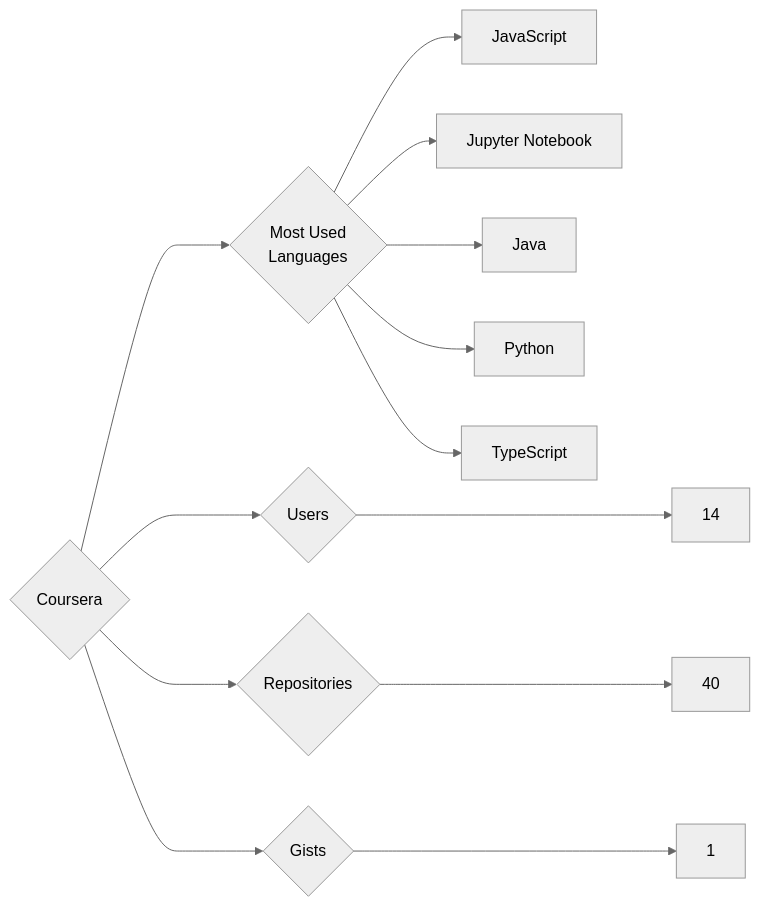
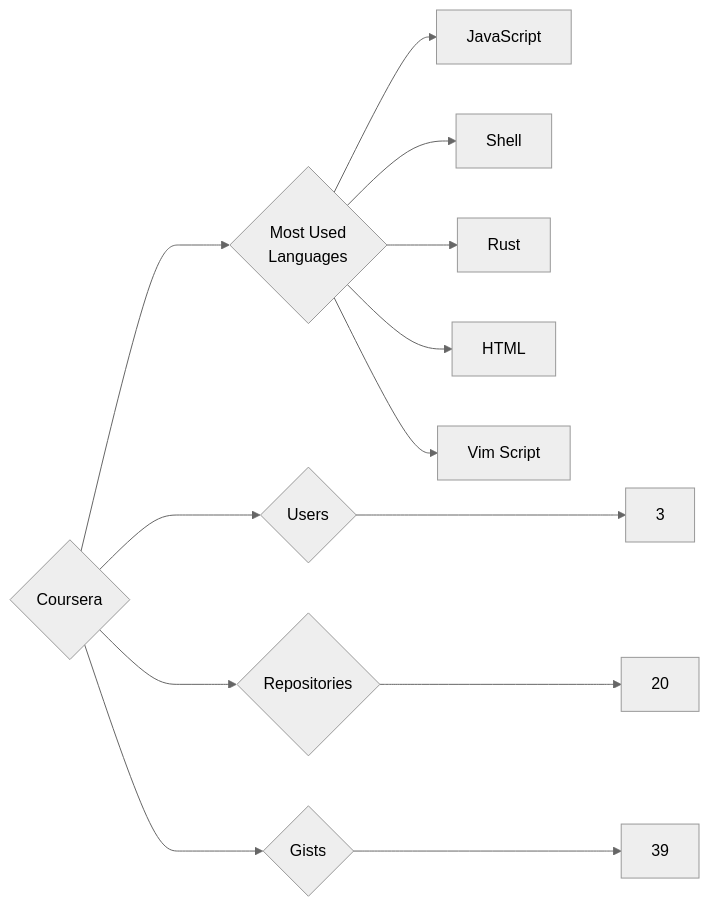
The diagram in targets/Coursera/README.md (trickest/insiders), drawn with Mermaid (neutral theme) before and after one commit. The commit also changed 773 other files, not shown here.

````diff
--- a/targets/Coursera/README.md
+++ b/targets/Coursera/README.md
@@ -3,13 +3,13 @@
 ```mermaid
 graph LR
 COMPANY_NAME{Coursera}
-COMPANY_NAME ---> U{Users} ---> UN[14]
-COMPANY_NAME ---> R{Repositories} ---> RN[40]
-COMPANY_NAME ---> G{Gists} ---> GN[1]
+COMPANY_NAME ---> U{Users} ---> UN[3]
+COMPANY_NAME ---> R{Repositories} ---> RN[20]
+COMPANY_NAME ---> G{Gists} ---> GN[39]
 COMPANY_NAME ---> ML{Most Used<br>Languages}
 ML --> JavaScript[JavaScript]
-ML --> Jupyter_Notebook[Jupyter Notebook]
-ML --> Java[Java]
-ML --> Python[Python]
-ML --> TypeScript[TypeScript]
+ML --> Shell[Shell]
+ML --> Rust[Rust]
+ML --> HTML[HTML]
+ML --> Vim_Script[Vim Script]
 ```
````
